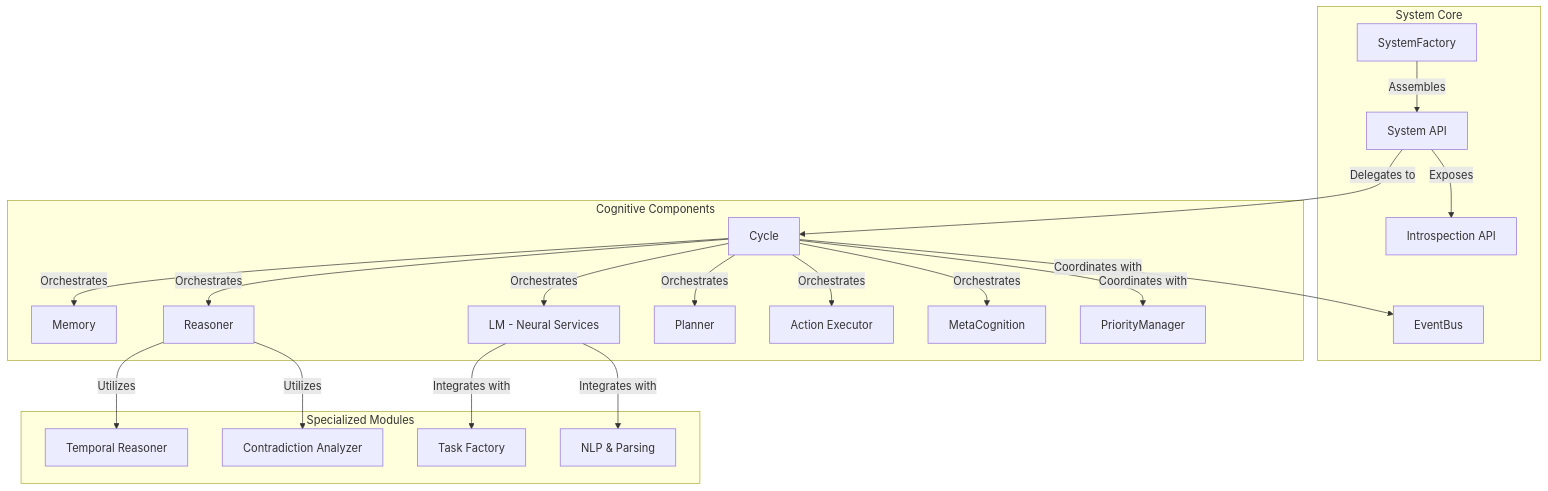
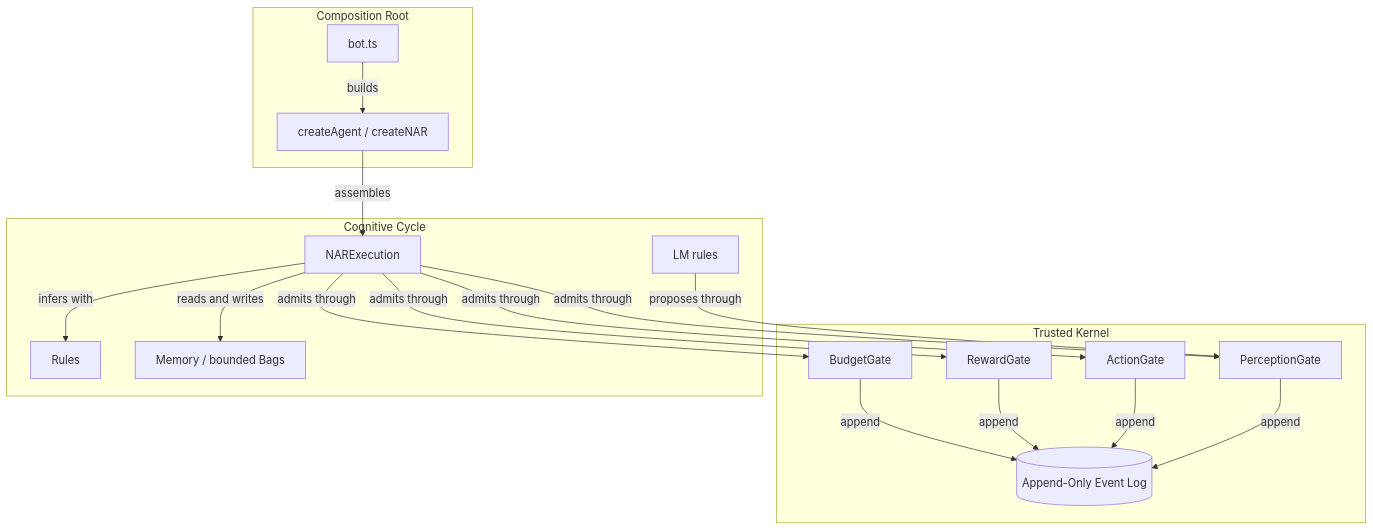
The first of 6 diagrams in docs/tech/deep-dive.md (autonull/senars12), drawn with Mermaid before and after one commit. The commit also changed other lines of this file and 79 other files, not shown here.

````diff
--- a/docs/tech/deep-dive.md
+++ b/docs/tech/deep-dive.md
@@ -48,35 +48,30 @@
 ```mermaid
 graph TD
-    subgraph "System Core"
-        A[System API]
-        F[SystemFactory]
-        I[Introspection API]
-        EB[EventBus]
+    subgraph "Composition Root"
+        A[createAgent / createNAR]
+        BT[bot.ts]
     end
 
-    subgraph "Cognitive Components"
-        M[Memory]
-        R[Reasoner]
-        L[LM - Neural Services]
-        P[Planner]
-        AE[Action Executor]
-        C[Cycle]
-        MC[MetaCognition]
-        PR[PriorityManager]
+    subgraph "Trusted Kernel"
+        PG[PerceptionGate]
+        AG[ActionGate]
+        RG[RewardGate]
+        BG[BudgetGate]
+        EL[(Append-Only Event Log)]
     end
 
-    subgraph "Specialized Modules"
-        TR[Temporal Reasoner]
-        CA[Contradiction Analyzer]
-        TFA[Task Factory]
-        NLP[NLP & Parsing]
+    subgraph "Cognitive Cycle"
+        EX[NARExecution]
+        M[Memory / bounded Bags]
+        RP[Rules]
+        PR[LM rules]
     end
 
-    F -- Assembles --> A
-    A -- Exposes --> I
-    A -- Delegates to --> C
-    C -- Orchestrates --> M & R & L & P & AE & MC
-    C -- Coordinates with --> PR & EB
-    R -- Utilizes --> TR & CA
-    L -- Integrates with --> NLP & TFA
+    BT -- builds --> A
+    A -- assembles --> EX
+    EX -- admits through --> PG & AG & RG & BG
+    PG & AG & RG & BG -- append --> EL
+    EX -- reads and writes --> M
+    EX -- infers with --> RP
+    PR -- proposes through --> PG
 ```
````
